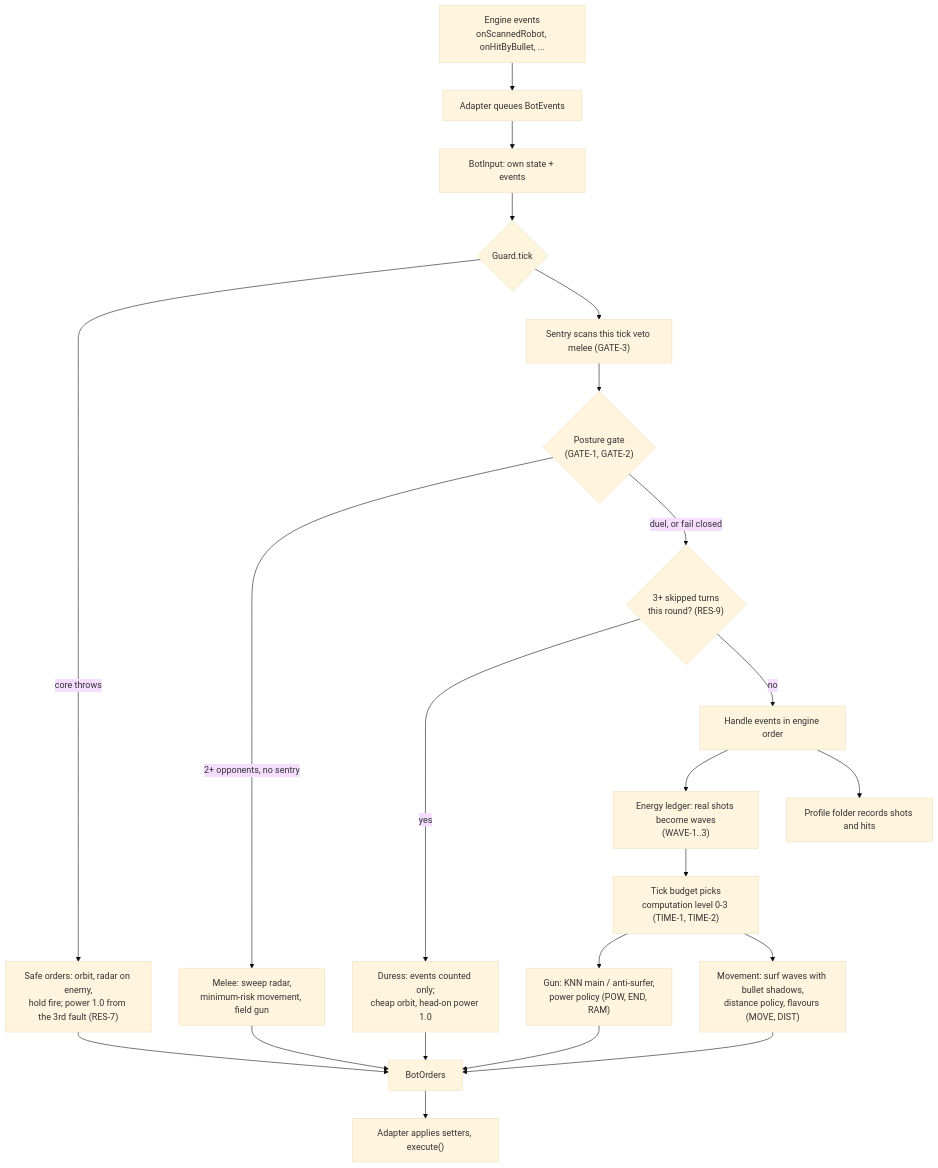
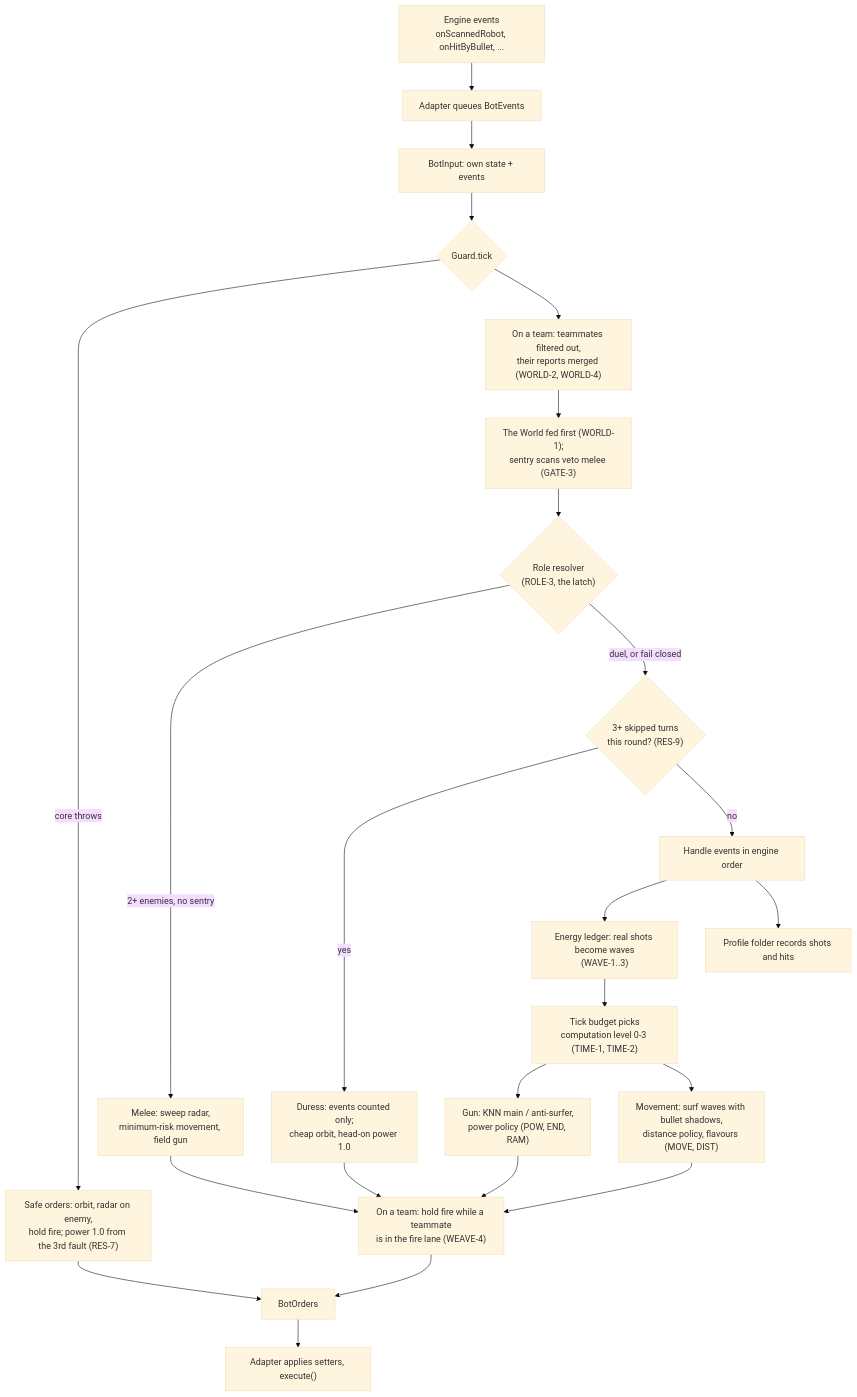
The second of 4 diagrams in README.md (lgriffin/Hadur_Robot), drawn with Mermaid (base theme) before and after one commit. The commit also changed other lines of this file and 8 other files, not shown here.

````diff
--- a/README.md
+++ b/README.md
@@ -188,20 +209,22 @@
 ```mermaid
 flowchart TD
     EV["Engine events<br/>onScannedRobot, onHitByBullet, ..."] --> Q["Adapter queues BotEvents"]
     Q --> IN["BotInput: own state + events"]
     IN --> GU{"Guard.tick"}
     GU -- "core throws" --> SAFE["Safe orders: orbit, radar on enemy,<br/>hold fire; power 1.0 from the 3rd fault (RES-7)"]
-    GU --> SEN["Sentry scans this tick veto melee (GATE-3)"]
-    SEN --> GATE{"Posture gate<br/>(GATE-1, GATE-2)"}
-    GATE -- "2+ opponents, no sentry" --> MEL["Melee: sweep radar,<br/>minimum-risk movement, field gun"]
+    GU --> TEAM["On a team: teammates filtered out,<br/>their reports merged (WORLD-2, WORLD-4)"]
+    TEAM --> WLD["The World fed first (WORLD-1);<br/>sentry scans veto melee (GATE-3)"]
+    WLD --> GATE{"Role resolver<br/>(ROLE-3, the latch)"}
+    GATE -- "2+ enemies, no sentry" --> MEL["Melee: sweep radar,<br/>minimum-risk movement, field gun"]
     GATE -- "duel, or fail closed" --> DUR{"3+ skipped turns<br/>this round? (RES-9)"}
     DUR -- yes --> CHEAP["Duress: events counted only;<br/>cheap orbit, head-on power 1.0"]
     DUR -- no --> EVH["Handle events in engine order"]
     EVH --> LED["Energy ledger: real shots become waves<br/>(WAVE-1..3)"]
     EVH --> FOLD["Profile folder records shots and hits"]
     LED --> LVL["Tick budget picks<br/>computation level 0-3 (TIME-1, TIME-2)"]
     LVL --> GN["Gun: KNN main / anti-surfer,<br/>power policy (POW, END, RAM)"]
     LVL --> MO["Movement: surf waves with bullet shadows,<br/>distance policy, flavours (MOVE, DIST)"]
-    MEL & CHEAP & GN & MO & SAFE --> OUT["BotOrders"]
+    MEL & CHEAP & GN & MO --> LANE["On a team: hold fire while a teammate<br/>is in the fire lane (WEAVE-4)"]
+    LANE & SAFE --> OUT["BotOrders"]
     OUT --> EX["Adapter applies setters, execute()"]
 ```
````
